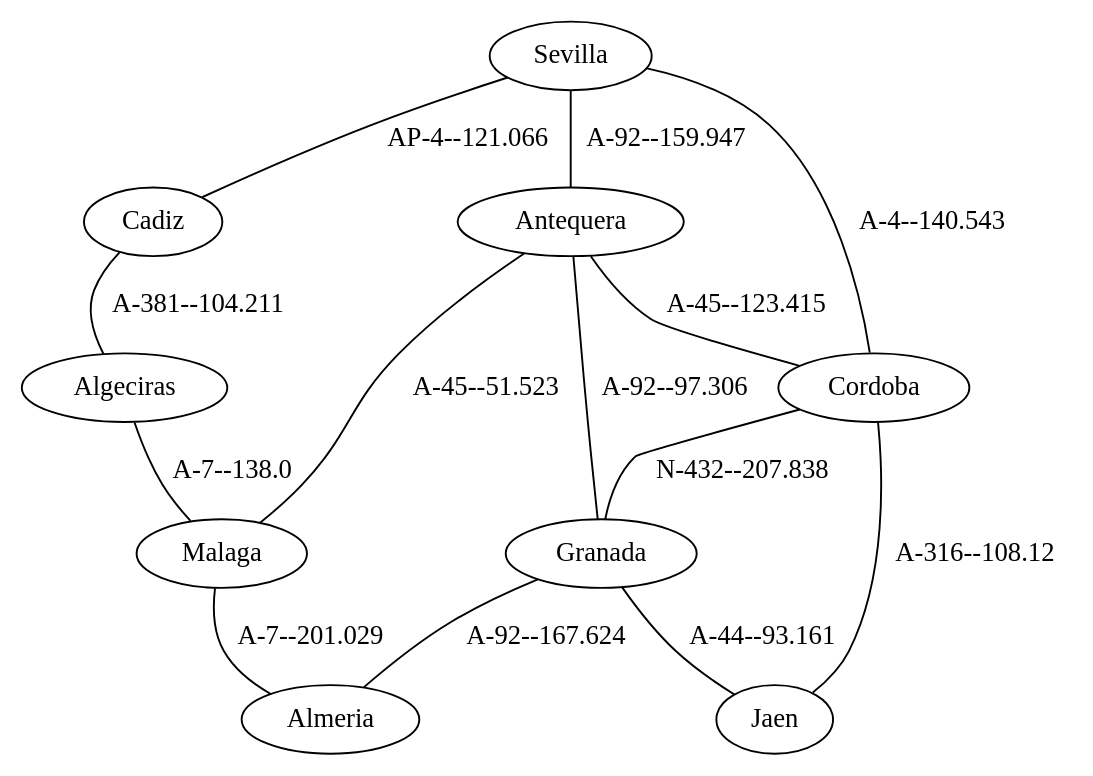
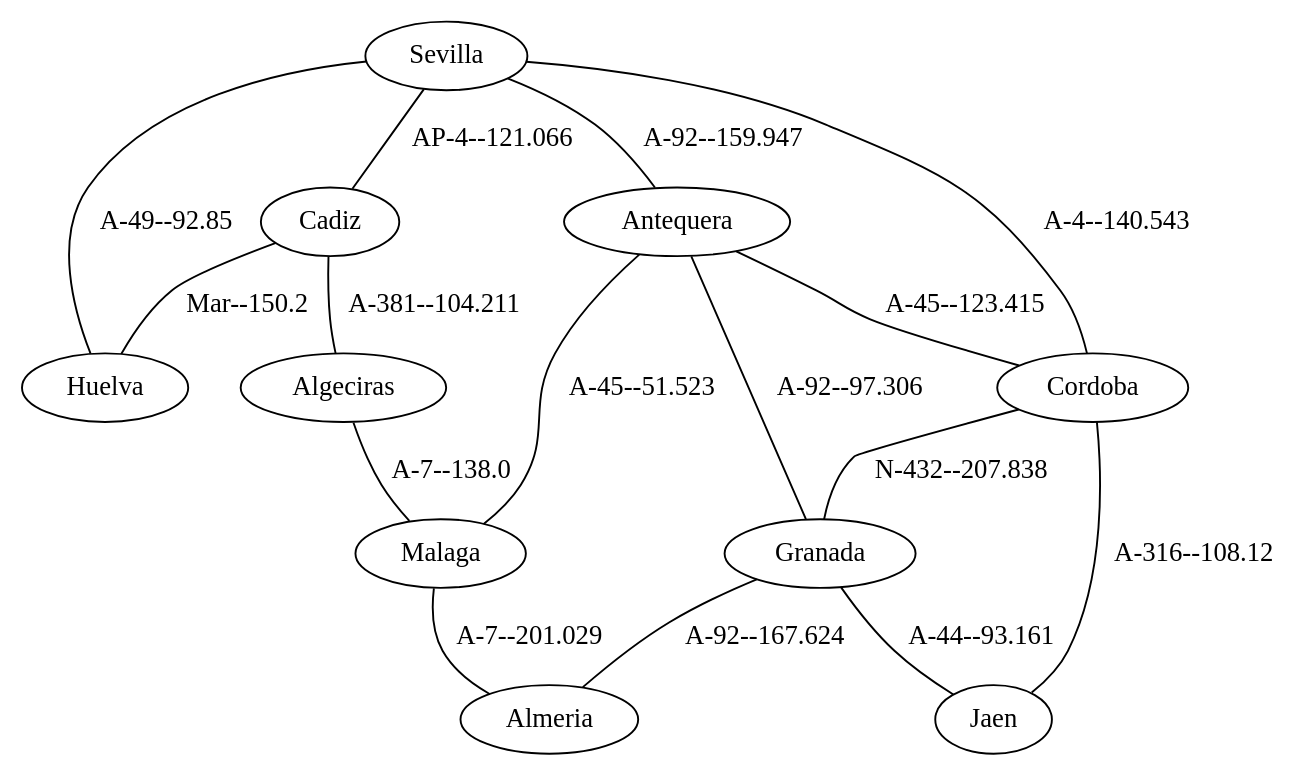
The diagram in EjemplosDeGrafos/ficheros/caminoMinimoAndalucia1.gv (migueltoro/adda_v3), drawn with Graphviz before and after one commit. The commit also changed 10 other files, not shown here.

```diff
--- a/EjemplosDeGrafos/ficheros/caminoMinimoAndalucia1.gv
+++ b/EjemplosDeGrafos/ficheros/caminoMinimoAndalucia1.gv
@@ -1,24 +1,27 @@
 strict graph G {
   1 [ label="Sevilla" ];
-  2 [ label="Granada" ];
-  3 [ label="Cadiz" ];
+  2 [ label="Cadiz" ];
+  3 [ label="Huelva" ];
   4 [ label="Cordoba" ];
   5 [ label="Malaga" ];
   6 [ label="Antequera" ];
   7 [ label="Almeria" ];
-  8 [ label="Jaen" ];
-  9 [ label="Algeciras" ];
+  8 [ label="Granada" ];
+  9 [ label="Jaen" ];
+  10 [ label="Algeciras" ];
+  2 -- 3 [ label="Mar--150.2" ];
+  1 -- 3 [ label="A-49--92.85" ];
   1 -- 4 [ label="A-4--140.543" ];
-  1 -- 3 [ label="AP-4--121.066" ];
+  1 -- 2 [ label="AP-4--121.066" ];
   1 -- 6 [ label="A-92--159.947" ];
-  6 -- 2 [ label="A-92--97.306" ];
+  6 -- 8 [ label="A-92--97.306" ];
   6 -- 5 [ label="A-45--51.523" ];
   6 -- 4 [ label="A-45--123.415" ];
   5 -- 7 [ label="A-7--201.029" ];
-  4 -- 8 [ label="A-316--108.12" ];
-  4 -- 2 [ label="N-432--207.838" ];
-  2 -- 7 [ label="A-92--167.624" ];
-  2 -- 8 [ label="A-44--93.161" ];
-  3 -- 9 [ label="A-381--104.211" ];
-  9 -- 5 [ label="A-7--138.0" ];
+  4 -- 9 [ label="A-316--108.12" ];
+  4 -- 8 [ label="N-432--207.838" ];
+  8 -- 7 [ label="A-92--167.624" ];
+  8 -- 9 [ label="A-44--93.161" ];
+  2 -- 10 [ label="A-381--104.211" ];
+  10 -- 5 [ label="A-7--138.0" ];
 }
```
